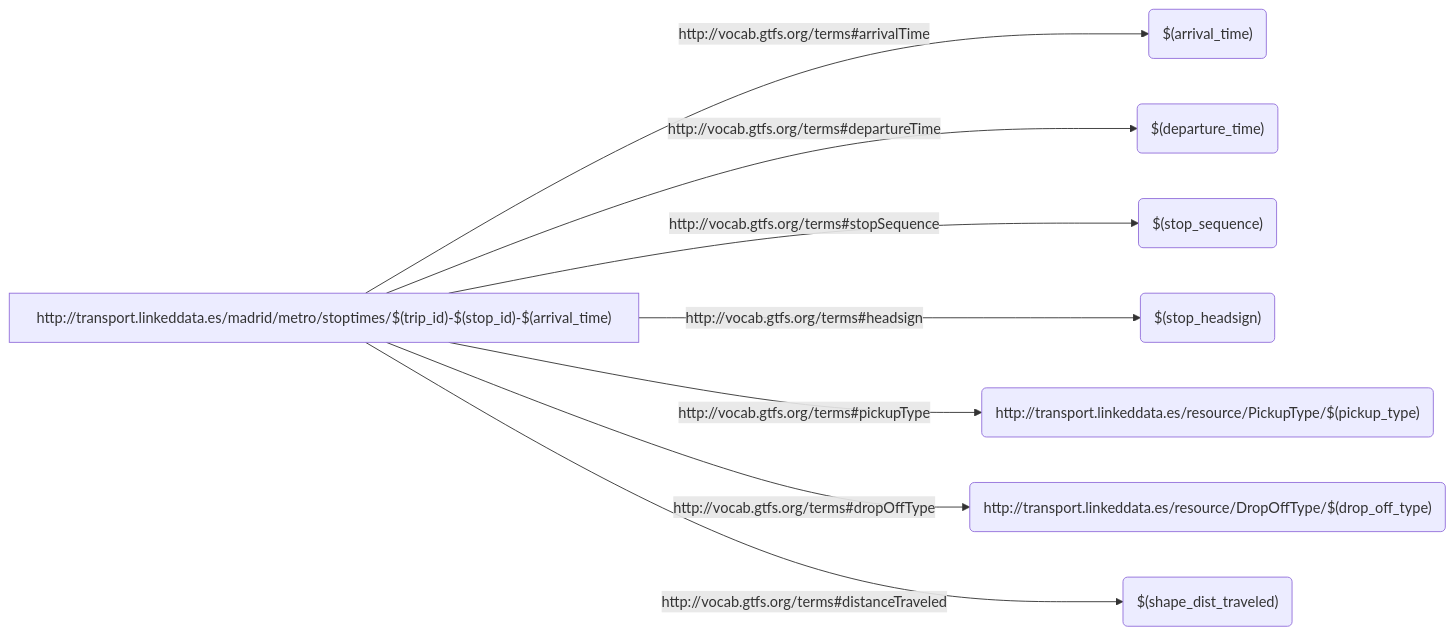
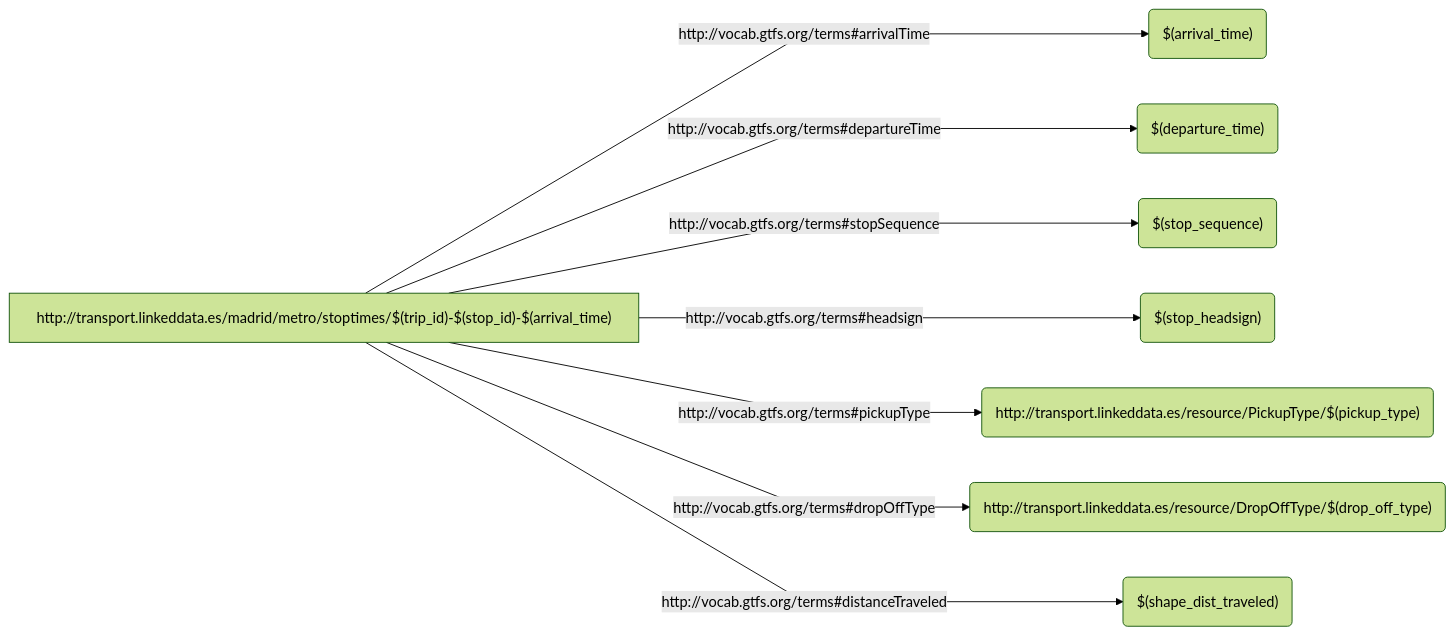
The diagram in src/Templates/output_template3.md (oeg-upm/rmldoc), drawn with Mermaid before and after one commit.

````diff
--- a/src/Templates/output_template3.md
+++ b/src/Templates/output_template3.md
@@ -42,11 +42,13 @@
 ```mermaid
+%%{ init : { "theme" : "forest", "flowchart" : { "curve" : "linear" }}}%%
+
 flowchart LR
     S["http://transport.linkeddata.es/madrid/metro/stoptimes/$(trip_id)-$(stop_id)-$(arrival_time)"] -->|"http://vocab.gtfs.org/terms#arrivalTime"| o1("$(arrival_time)")
 	S["http://transport.linkeddata.es/madrid/metro/stoptimes/$(trip_id)-$(stop_id)-$(arrival_time)"] -->|"http://vocab.gtfs.org/terms#departureTime"| o2("$(departure_time)")
 	S["http://transport.linkeddata.es/madrid/metro/stoptimes/$(trip_id)-$(stop_id)-$(arrival_time)"] -->|"http://vocab.gtfs.org/terms#stopSequence"| o3("$(stop_sequence)")
 	S["http://transport.linkeddata.es/madrid/metro/stoptimes/$(trip_id)-$(stop_id)-$(arrival_time)"] -->|"http://vocab.gtfs.org/terms#headsign"| o4("$(stop_headsign)")
 	S["http://transport.linkeddata.es/madrid/metro/stoptimes/$(trip_id)-$(stop_id)-$(arrival_time)"] -->|"http://vocab.gtfs.org/terms#pickupType"| o5("http://transport.linkeddata.es/resource/PickupType/$(pickup_type)")
 	S["http://transport.linkeddata.es/madrid/metro/stoptimes/$(trip_id)-$(stop_id)-$(arrival_time)"] -->|"http://vocab.gtfs.org/terms#dropOffType"| o6("http://transport.linkeddata.es/resource/DropOffType/$(drop_off_type)")
 	S["http://transport.linkeddata.es/madrid/metro/stoptimes/$(trip_id)-$(stop_id)-$(arrival_time)"] -->|"http://vocab.gtfs.org/terms#distanceTraveled"| o7("$(shape_dist_traveled)")
     
 ```
````
